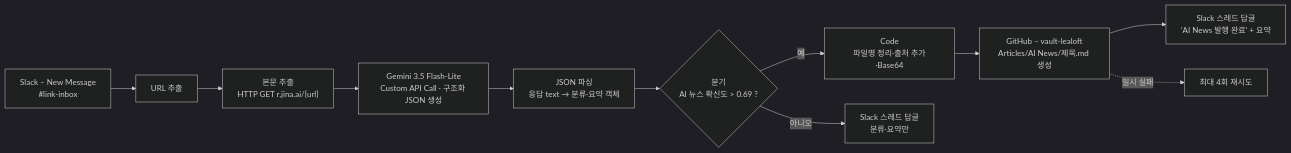
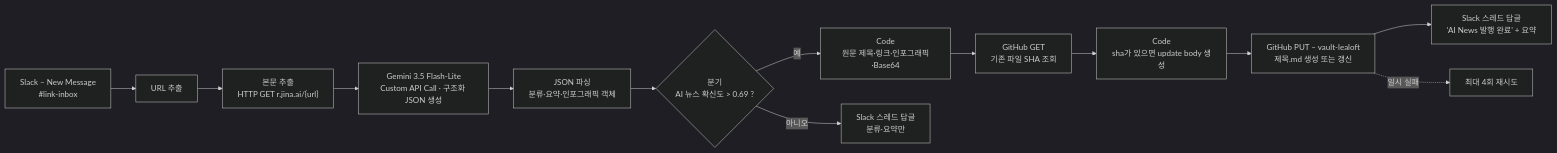
Before and after one commit to sujileelea/Codyssey: the diagram in AI_Tools_Essentials/mission3/프로젝트2 설계 문서.md, drawn with Mermaid (dark theme). The commit also changed other lines of this file, not shown here.

Commit message:
mission3: AI News upsert와 원문 첨부를 기록

````diff
--- a/AI_Tools_Essentials/mission3/프로젝트2 설계 문서.md
+++ b/AI_Tools_Essentials/mission3/프로젝트2 설계 문서.md
@@ -30,13 +30,15 @@
 ```mermaid
 flowchart LR
     T["Slack – New Message<br/>#link-inbox"] --> X["URL 추출"]
     X --> H["본문 추출<br/>HTTP GET r.jina.ai/{url}"]
     H --> C["Gemini 3.5 Flash-Lite<br/>Custom API Call · 구조화 JSON 생성"]
-    C --> P["JSON 파싱<br/>응답 text → 분류·요약 객체"]
+    C --> P["JSON 파싱<br/>분류·요약·인포그래픽 객체"]
     P --> B{"분기<br/>AI 뉴스 확신도 > 0.69 ?"}
-    B -- 예 --> M["Code<br/>파일명 정리·출처 추가·Base64"]
-    M --> G["GitHub – vault-lealoft<br/>Articles/AI News/제목.md 생성"]
+    B -- 예 --> M["Code<br/>원문 제목·링크·인포그래픽·Base64"]
+    M --> Q["GitHub GET<br/>기존 파일 SHA 조회"]
+    Q --> U["Code<br/>sha가 있으면 update body 생성"]
+    U --> G["GitHub PUT – vault-lealoft<br/>제목.md 생성 또는 갱신"]
     G --> S1["Slack 스레드 답글<br/>'AI News 발행 완료' + 요약"]
     B -- 아니오 --> S2["Slack 스레드 답글<br/>분류·요약만"]
     G -. 일시 실패 .-> R["최대 4회 재시도"]
 ```
````
